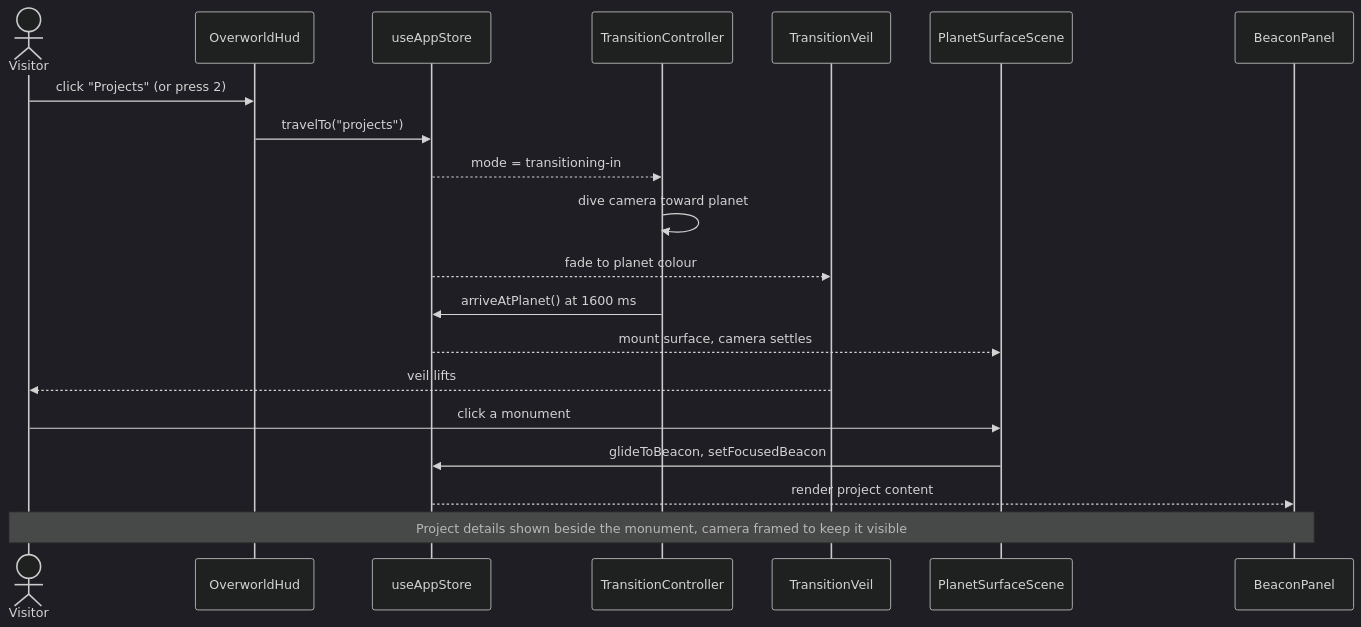
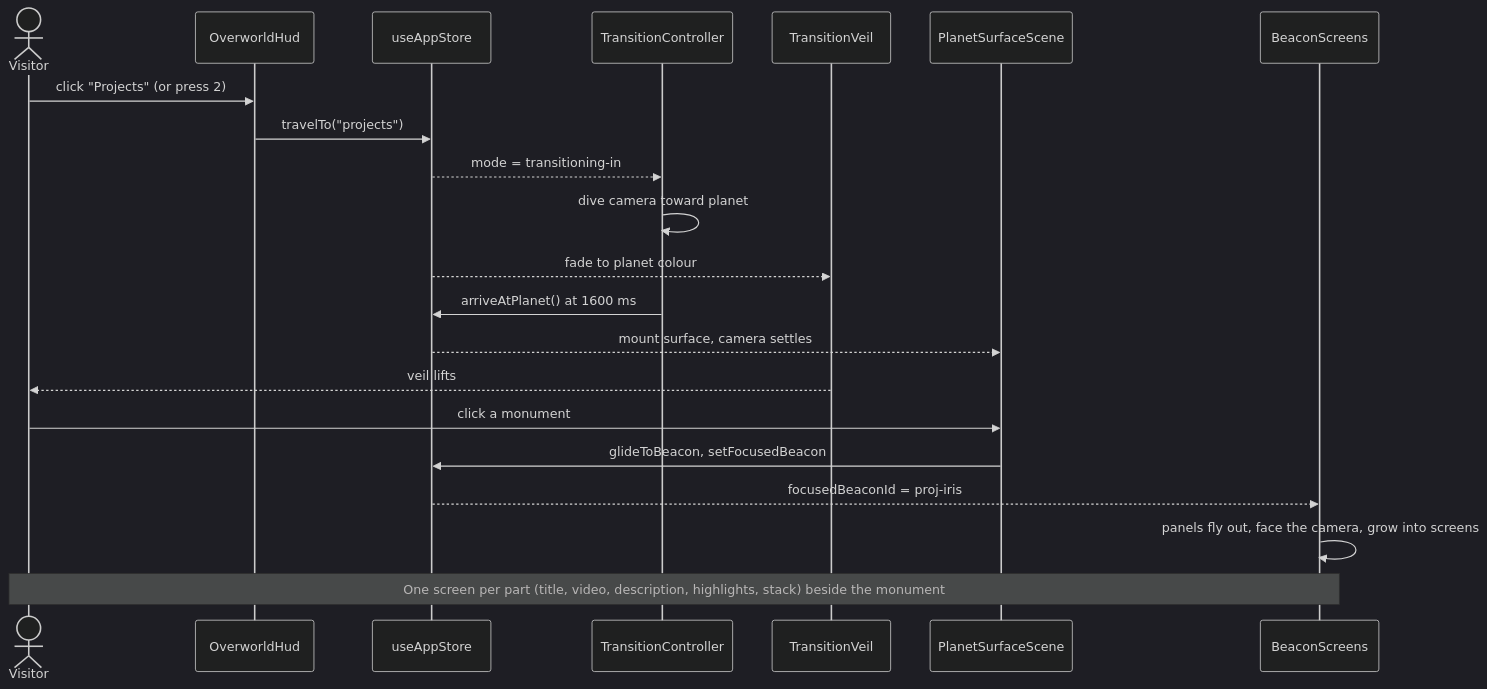
The second of 2 diagrams in README.md (teddycitrus/portfolio), drawn with Mermaid (dark theme) before and after one commit. The commit also changed other lines of this file and 20 other files, not shown here.

````diff
--- a/README.md
+++ b/README.md
@@ -60,22 +65,23 @@
 ```mermaid
 sequenceDiagram
   actor V as Visitor
   participant H as OverworldHud
   participant S as useAppStore
   participant T as TransitionController
   participant W as TransitionVeil
   participant P as PlanetSurfaceScene
-  participant B as BeaconPanel
+  participant B as BeaconScreens
   V->>H: click "Projects" (or press 2)
   H->>S: travelTo("projects")
   S-->>T: mode = transitioning-in
   T->>T: dive camera toward planet
   S-->>W: fade to planet colour
   T->>S: arriveAtPlanet() at 1600 ms
   S-->>P: mount surface, camera settles
   W-->>V: veil lifts
   V->>P: click a monument
   P->>S: glideToBeacon, setFocusedBeacon
-  S-->>B: render project content
-  Note over V,B: Project details shown beside the monument, camera framed to keep it visible
+  S-->>B: focusedBeaconId = proj-iris
+  B->>B: panels fly out, face the camera, grow into screens
+  Note over V,B: One screen per part (title, video, description, highlights, stack) beside the monument
 ```
````
